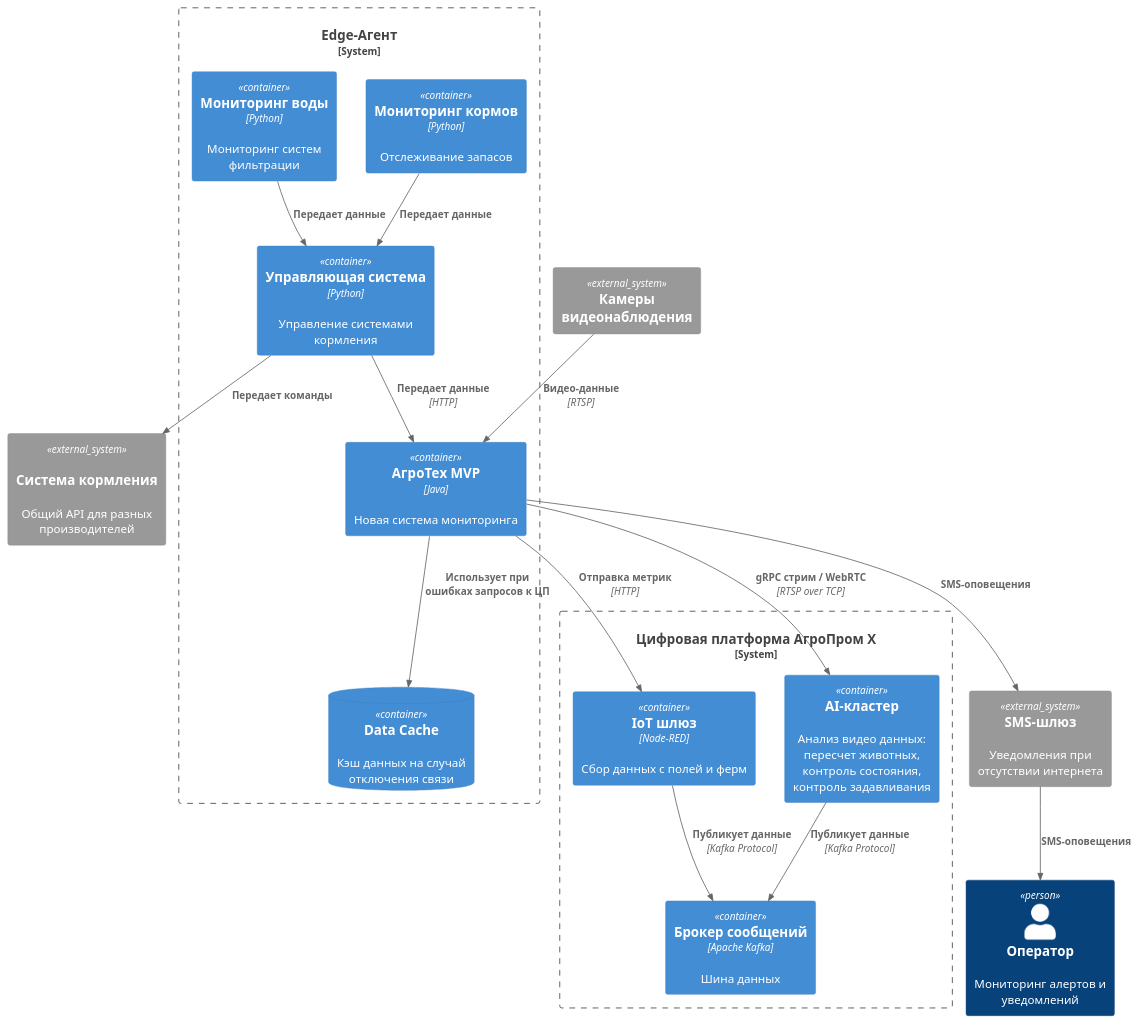
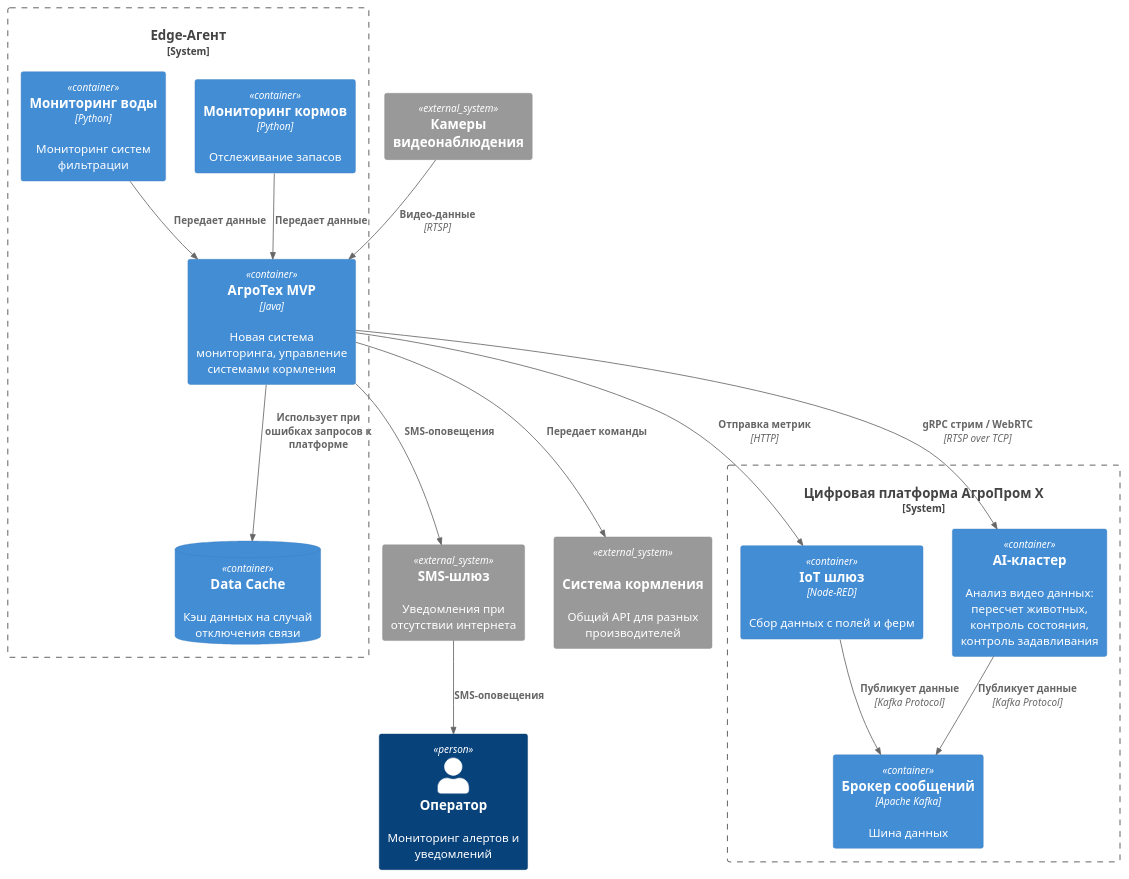
One commit to badKOT/MSA-AgroTech changed the diagram in Task2/agrotech_c2_1.puml. Above: the diagram before and after it, drawn with PlantUML. The commit also changed 3 other files, not shown here.

Commit message:
Диаграммы для заданий 3 и 4

```diff
--- a/Task2/agrotech_c2_1.puml
+++ b/Task2/agrotech_c2_1.puml
@@ -1,40 +1,38 @@
 @startuml
 !include https://raw.githubusercontent.com/plantuml-stdlib/C4-PlantUML/master/C4_Container.puml
 
 Person(operator, "Оператор", "Мониторинг алертов и уведомлений")
 
 System_Boundary(edge-agent, "Edge-Агент") {
-    Container(agro_mvp, "АгроТех MVP", "Java", "Новая система мониторинга")
+    Container(agro_mvp, "АгроТех MVP", "Java", "Новая система мониторинга, управление системами кормления")
     ContainerDb(cache, "Data Cache", "", "Кэш данных на случай отключения связи")
 
     Container(food_mnt, "Мониторинг кормов", "Python", "Отслеживание запасов")
     Container(water_mnt, "Мониторинг воды", "Python", "Мониторинг систем фильтрации")
-    Container(feeding_control_system, "Управляющая система", "Python", "Управление системами кормления")
 }
 
 System_Boundary(current_system, "Цифровая платформа АгроПром X") {
     Container(iot_gw, "IoT шлюз", "Node-RED", "Сбор данных с полей и ферм")
     Container(ai_cluster, "AI-кластер", "", "Анализ видео данных: пересчет животных, контроль состояния, контроль задавливания")
     Container(kafka, "Брокер сообщений", "Apache Kafka", "Шина данных")
 }
 
 System_Ext(cam_vendor, "Камеры видеонаблюдения")
 System_Ext(sms_gateway, "SMS-шлюз", "Уведомления при отсутствии интернета")
 System_Ext(feeding_system, "Система кормления", "Общий API для разных производителей", "Modbus/OPC-UA")
 
 Rel(sms_gateway, operator, "SMS-оповещения")
 
-Rel(food_mnt, feeding_control_system, "Передает данные")
-Rel(water_mnt, feeding_control_system, "Передает данные")
-Rel(feeding_control_system, feeding_system, "Передает команды")
-Rel(feeding_control_system, agro_mvp, "Передает данные", "HTTP")
+Rel(food_mnt, agro_mvp, "Передает данные")
+Rel(water_mnt, agro_mvp, "Передает данные")
+Rel(agro_mvp, feeding_system, "Передает команды")
 
 Rel(cam_vendor, agro_mvp, "Видео-данные", "RTSP")
-Rel(agro_mvp, cache, "Использует при ошибках запросов к ЦП")
+Rel(agro_mvp, cache, "Использует при ошибках запросов к платформе")
 Rel(agro_mvp, sms_gateway, "SMS-оповещения")
 Rel(agro_mvp, iot_gw, "Отправка метрик", "HTTP")
 Rel(agro_mvp, ai_cluster, "gRPC стрим / WebRTC", "RTSP over TCP")
 Rel(iot_gw, kafka, "Публикует данные", "Kafka Protocol")
 Rel(ai_cluster, kafka, "Публикует данные", "Kafka Protocol")
 
 @enduml
```
